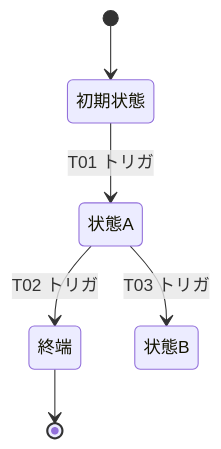
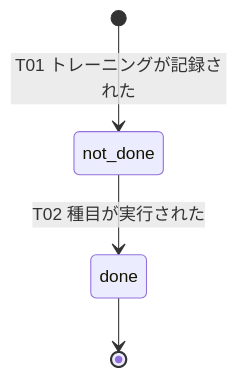
The diagram in docs/02_設計/30_データ・IF設計/03_ドメインイベント.md (k-okada51/okada-fit), drawn with Mermaid before and after one commit. The commit also changed other lines of this file and 3 other files, not shown here.

````diff
--- a/docs/02_設計/30_データ・IF設計/03_ドメインイベント.md
+++ b/docs/02_設計/30_データ・IF設計/03_ドメインイベント.md
@@ -33,9 +40,6 @@
 ```mermaid
 stateDiagram-v2
-  %% ここに記載（状態と遷移・トリガを追記）
-  [*] --> 初期状態
-  初期状態 --> 状態A: T01 トリガ
-  状態A --> 終端: T02 トリガ
-  状態A --> 状態B: T03 トリガ
-  終端 --> [*]
+  [*] --> not_done: T01 トレーニングが記録された
+  not_done --> done: T02 種目が実行された
+  done --> [*]
 ```
````
